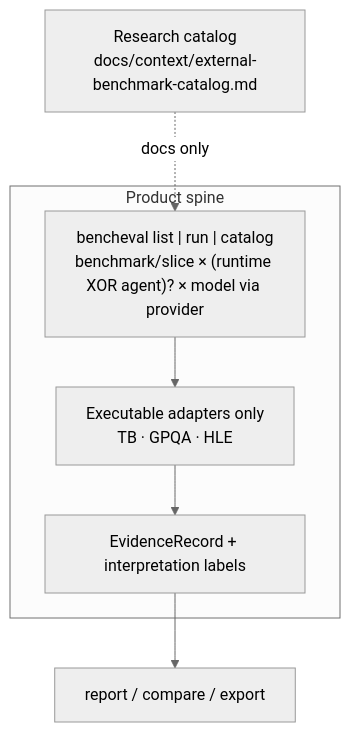
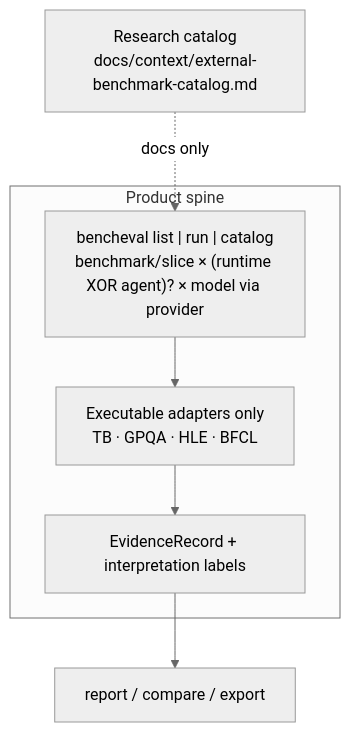
Before and after one commit to Lyther/BenchEval: the diagram in docs/diagrams/lanes-overview.md, drawn with Mermaid (neutral theme). The commit also changed other lines of this file and 79 other files, not shown here.

````diff
--- a/docs/diagrams/lanes-overview.md
+++ b/docs/diagrams/lanes-overview.md
@@ -5,14 +5,14 @@
 ```mermaid
 flowchart TB
     subgraph Product["Product spine"]
         P1["bencheval list | run | catalog<br/>benchmark/slice × (runtime XOR agent)? × model via provider"]
-        P2["Executable adapters only<br/>TB · GPQA · HLE"]
+        P2["Executable adapters only<br/>TB · GPQA · HLE · BFCL"]
         P3["EvidenceRecord + interpretation labels"]
         P1 --> P2 --> P3
     end
 
     Catalog["Research catalog<br/>docs/context/external-benchmark-catalog.md"]
     Catalog -.->|"docs only"| P1
 
     P3 --> Reports["report / compare / export"]
 ```
````
